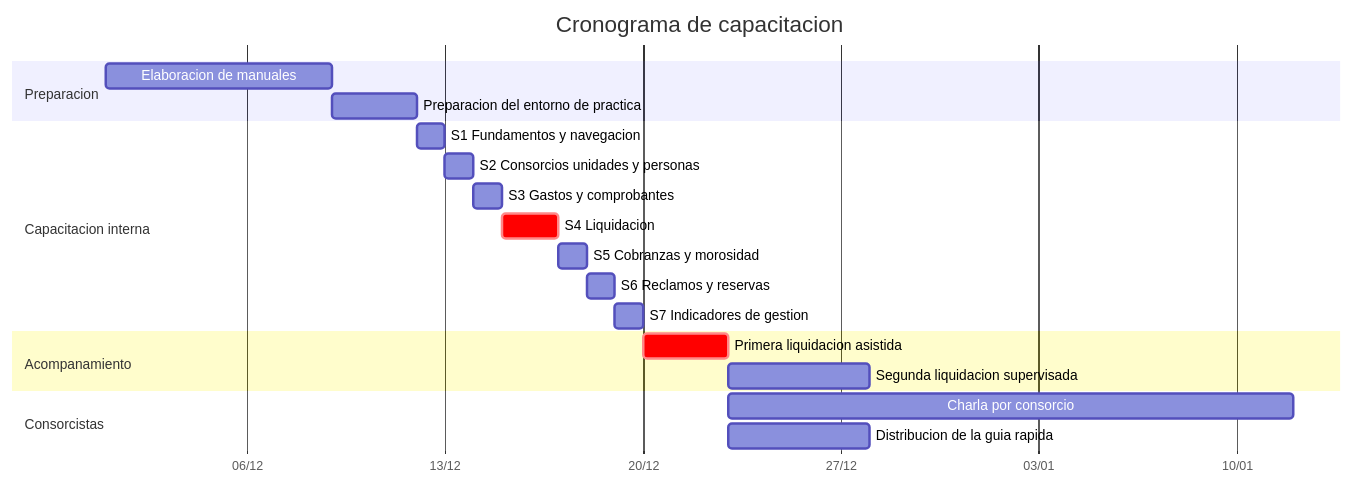
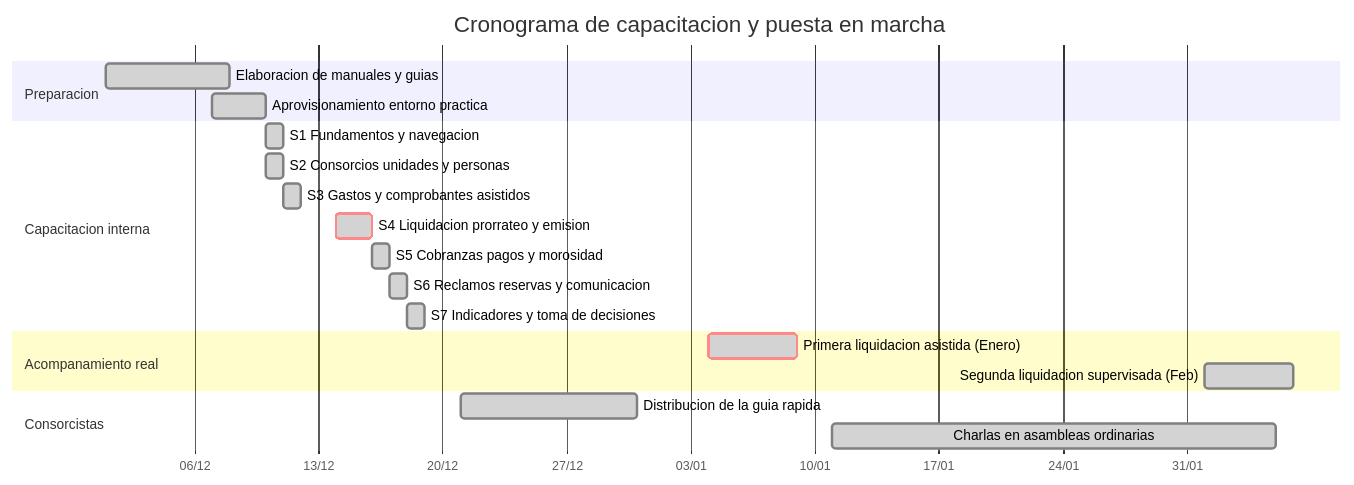
One commit to Marchee72/flay-proyecto-final changed the diagram in docs/entrega-final/17-cronograma-capacitacion.md. Above: the diagram before and after it, drawn with Mermaid. The commit also changed other lines of this file and 6 other files, not shown here.

Commit message:
004-servicios T090-T093: 16-manual-usuario por rol y guia rapida, 17-capacitacion ejecutada, 18-seguridad con 42 controles verificados, invariantes en CLAUDE.md y puntos 13-18 completos

````diff
--- a/docs/entrega-final/17-cronograma-capacitacion.md
+++ b/docs/entrega-final/17-cronograma-capacitacion.md
@@ -41,27 +45,27 @@
 ```mermaid
 gantt
-    title Cronograma de capacitacion
+    title Cronograma de capacitacion y puesta en marcha
     dateFormat YYYY-MM-DD
     axisFormat %d/%m
 
     section Preparacion
-    Elaboracion de manuales             :p1, 2026-12-01, 8d
-    Preparacion del entorno de practica :p2, after p1, 3d
+    Elaboracion de manuales y guias      :done, p1, 2026-12-01, 7d
+    Aprovisionamiento entorno practica   :done, p2, 2026-12-07, 3d
 
     section Capacitacion interna
-    S1 Fundamentos y navegacion         :c1, after p2, 1d
-    S2 Consorcios unidades y personas   :c2, after c1, 1d
-    S3 Gastos y comprobantes            :c3, after c2, 1d
-    S4 Liquidacion                      :crit, c4, after c3, 2d
-    S5 Cobranzas y morosidad            :c5, after c4, 1d
-    S6 Reclamos y reservas              :c6, after c5, 1d
-    S7 Indicadores de gestion           :c7, after c6, 1d
+    S1 Fundamentos y navegacion          :done, c1, 2026-12-10, 1d
+    S2 Consorcios unidades y personas    :done, c2, 2026-12-10, 1d
+    S3 Gastos y comprobantes asistidos   :done, c3, 2026-12-11, 1d
+    S4 Liquidacion prorrateo y emision   :done, crit, c4, 2026-12-14, 2d
+    S5 Cobranzas pagos y morosidad       :done, c5, 2026-12-16, 1d
+    S6 Reclamos reservas y comunicacion  :done, c6, 2026-12-17, 1d
+    S7 Indicadores y toma de decisiones  :done, c7, 2026-12-18, 1d
 
-    section Acompanamiento
-    Primera liquidacion asistida        :crit, a1, after c7, 3d
-    Segunda liquidacion supervisada     :a2, after a1, 5d
+    section Acompanamiento real
+    Primera liquidacion asistida (Enero) :done, crit, a1, 2027-01-04, 5d
+    Segunda liquidacion supervisada (Feb):done, a2, 2027-02-01, 5d
 
     section Consorcistas
-    Charla por consorcio                :d1, after a1, 20d
-    Distribucion de la guia rapida      :d2, after a1, 5d
+    Distribucion de la guia rapida       :done, d1, 2026-12-21, 10d
+    Charlas en asambleas ordinarias      :done, d2, 2027-01-11, 25d
 ```
````
